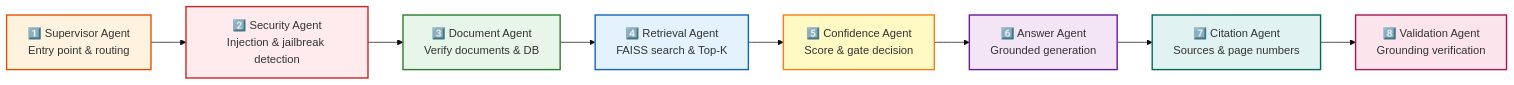
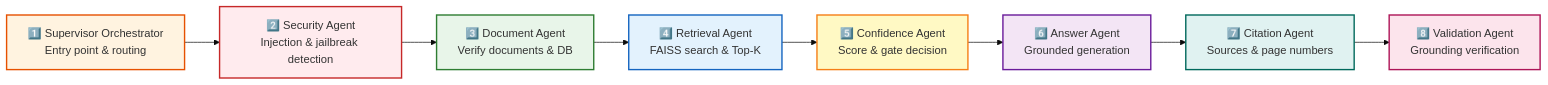
The second of 12 diagrams in Readme.md (Nishant0510/AI-Agent), drawn with Mermaid (base theme) before and after one commit. The commit also changed other lines of this file, not shown here.

````diff
--- a/Readme.md
+++ b/Readme.md
@@ -207,19 +207,19 @@
 ```mermaid
 graph LR
-    A["1️⃣ Supervisor Agent<br/>Entry point & routing"] --> B["2️⃣ Security Agent<br/>Injection & jailbreak detection"]
+    A["1️⃣ Supervisor Orchestrator<br/>Entry point & routing"] --> B["2️⃣ Security Agent<br/>Injection & jailbreak detection"]
     B --> C["3️⃣ Document Agent<br/>Verify documents & DB"]
     C --> D["4️⃣ Retrieval Agent<br/>FAISS search & Top-K"]
     D --> E["5️⃣ Confidence Agent<br/>Score & gate decision"]
     E --> F["6️⃣ Answer Agent<br/>Grounded generation"]
     F --> G["7️⃣ Citation Agent<br/>Sources & page numbers"]
     G --> H["8️⃣ Validation Agent<br/>Grounding verification"]
 
     style A fill:#fff3e0,stroke:#e65100,stroke-width:2px
     style B fill:#ffebee,stroke:#c62828,stroke-width:2px
     style C fill:#e8f5e9,stroke:#2e7d32,stroke-width:2px
     style D fill:#e3f2fd,stroke:#1565c0,stroke-width:2px
     style E fill:#fff9c4,stroke:#f57f17,stroke-width:2px
     style F fill:#f3e5f5,stroke:#6a1b9a,stroke-width:2px
     style G fill:#e0f2f1,stroke:#00695c,stroke-width:2px
     style H fill:#fce4ec,stroke:#ad1457,stroke-width:2px
 ```
````
